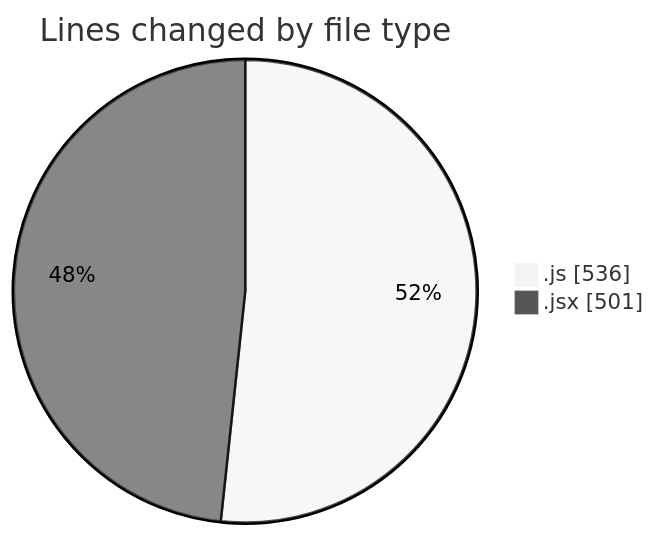
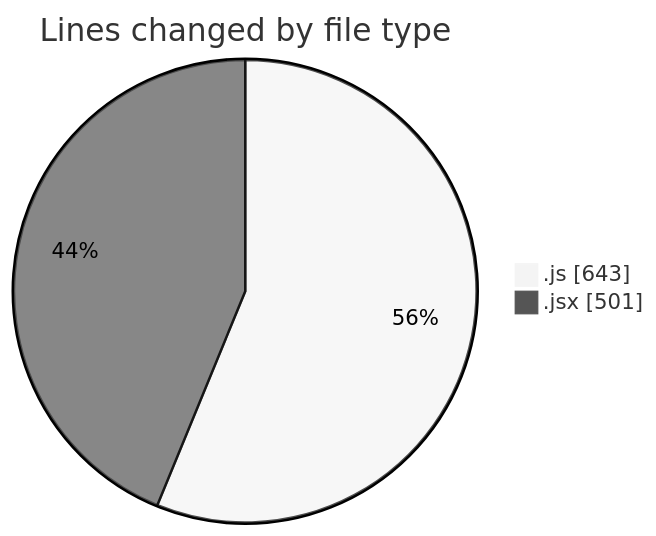
One commit to nxtqubesakshisongat/code-tracking changed the first of 2 diagrams in 2025-11-09/nxtqube_webapp/README.md. Above: the diagram before and after it, drawn with Mermaid (neutral theme). The commit also changed other lines of this file and 1 other file, not shown here.

````diff
--- a/2025-11-09/nxtqube_webapp/README.md
+++ b/2025-11-09/nxtqube_webapp/README.md
@@ -22,6 +23,6 @@
 ```mermaid
 pie showData
 title Lines changed by file type
-".js" : 536
+".js" : 643
 ".jsx" : 501
 ```
````
